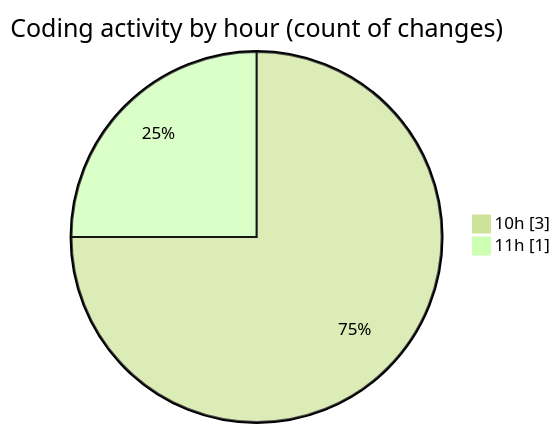
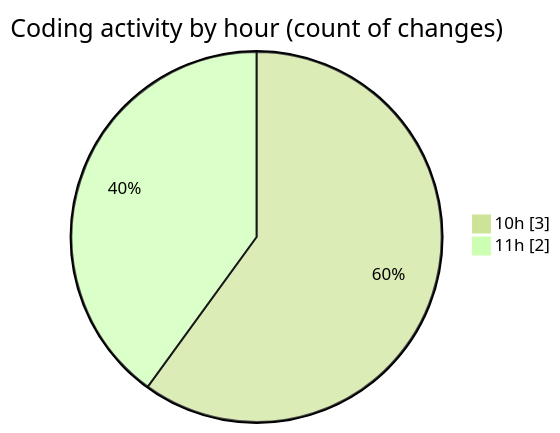
The second of 2 diagrams in 2025-07-11/argos/README.md (nxtqubesakshisongat/code-tracking), drawn with Mermaid (forest theme) before and after one commit. The commit also changed other lines of this file and 1 other file, not shown here.

````diff
--- a/2025-07-11/argos/README.md
+++ b/2025-07-11/argos/README.md
@@ -28,6 +29,6 @@
 ```mermaid
 pie showData
 title Coding activity by hour (count of changes)
 "10h" : 3
-"11h" : 1
+"11h" : 2
 ```
````
